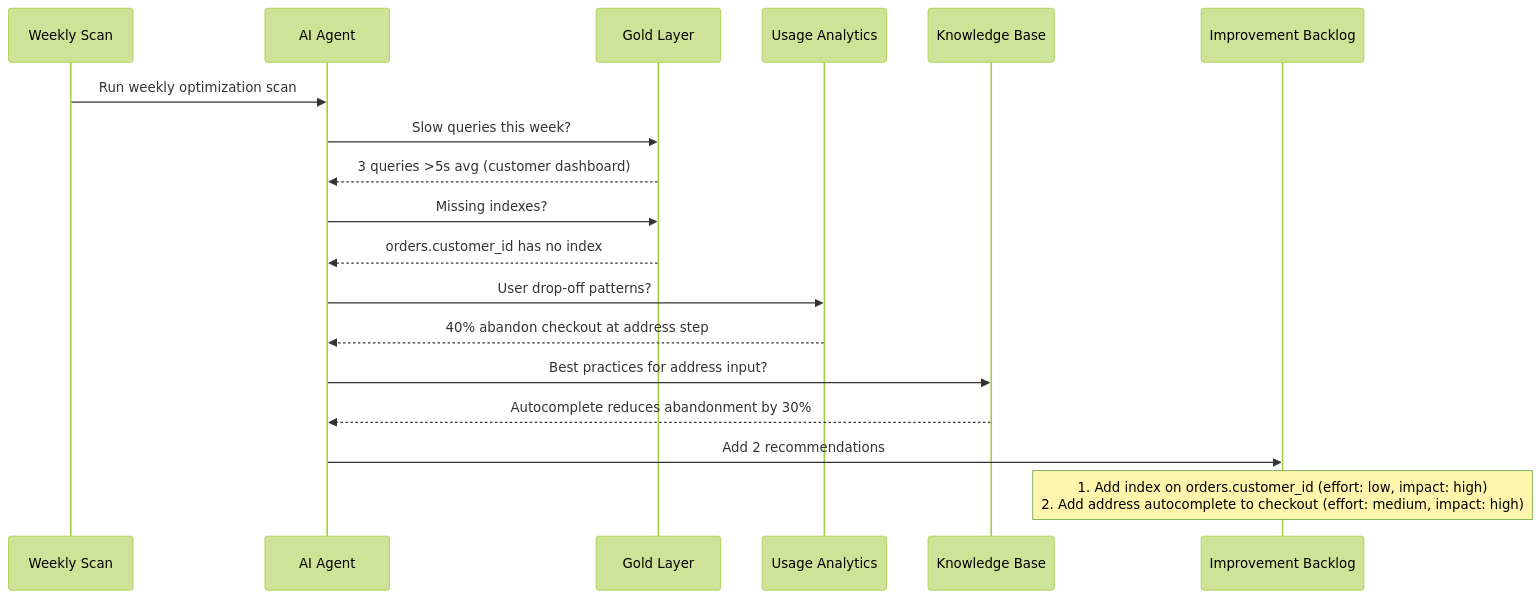
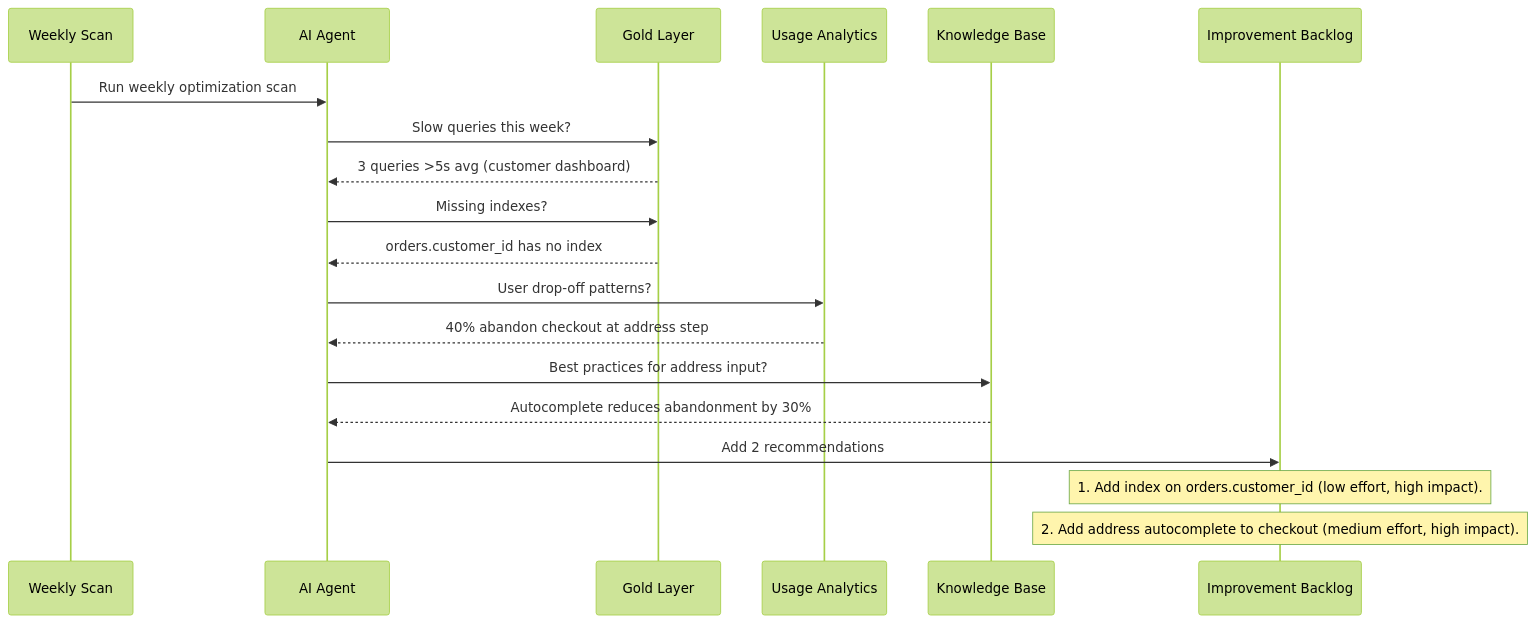
The sixth of 6 diagrams in systems/continuous-system-intelligence/architecture.md (sunilmogadati/systems-in-production), drawn with Mermaid (forest theme) before and after one commit. The commit also changed other lines of this file and 2 other files, not shown here.

First line of the commit message:
Fix Mermaid rendering in sequence diagrams — remove <br/> tags

````diff
--- a/systems/continuous-system-intelligence/architecture.md
+++ b/systems/continuous-system-intelligence/architecture.md
@@ -361,21 +364,22 @@
 ```mermaid
 sequenceDiagram
     participant Schedule as Weekly Scan
     participant Agent as AI Agent
     participant Gold as Gold Layer
     participant Usage as Usage Analytics
     participant RAG as Knowledge Base
     participant Backlog as Improvement Backlog
 
     Schedule->>Agent: Run weekly optimization scan
     Agent->>Gold: Slow queries this week?
     Gold-->>Agent: 3 queries >5s avg (customer dashboard)
     Agent->>Gold: Missing indexes?
     Gold-->>Agent: orders.customer_id has no index
     Agent->>Usage: User drop-off patterns?
     Usage-->>Agent: 40% abandon checkout at address step
     Agent->>RAG: Best practices for address input?
     RAG-->>Agent: Autocomplete reduces abandonment by 30%
     Agent->>Backlog: Add 2 recommendations
-    Note over Backlog: 1. Add index on orders.customer_id (effort: low, impact: high)<br/>2. Add address autocomplete to checkout (effort: medium, impact: high)
+    Note over Backlog: 1. Add index on orders.customer_id (low effort, high impact).
+    Note over Backlog: 2. Add address autocomplete to checkout (medium effort, high impact).
 ```
````
